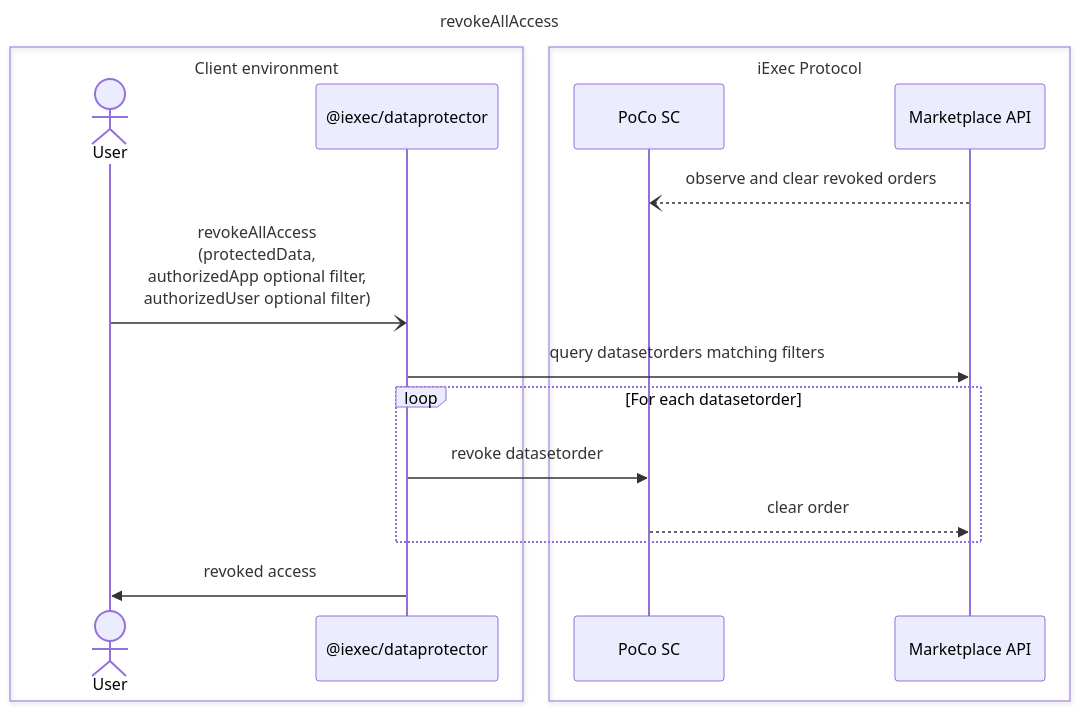
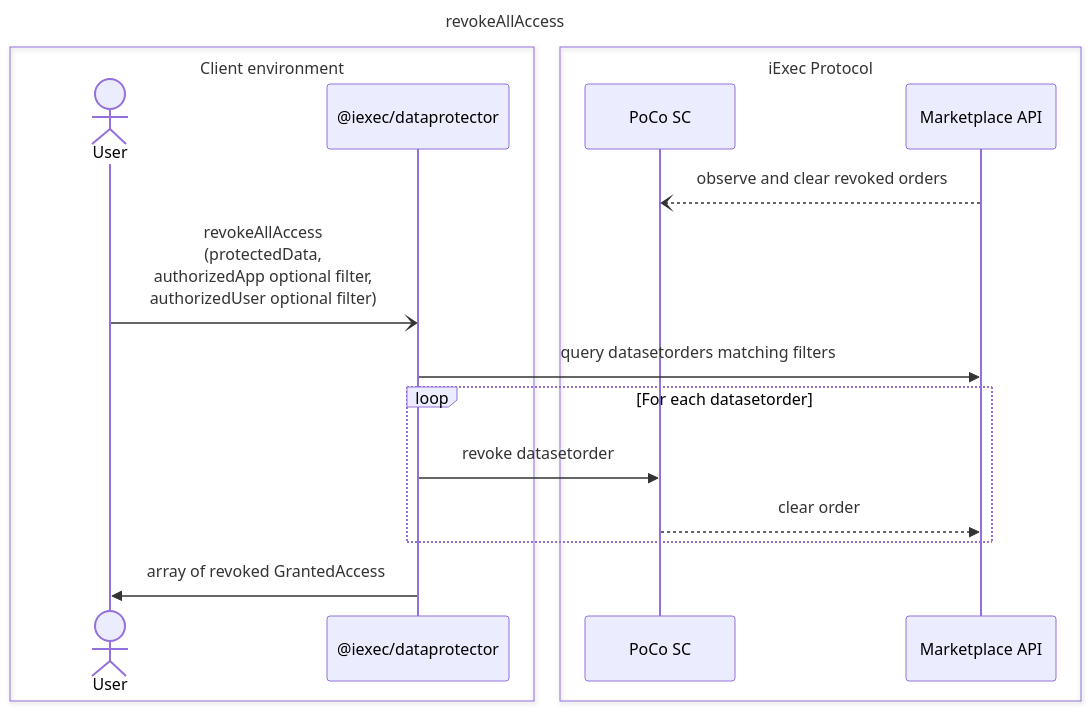
One commit to iExecBlockchainComputing/dataprotector-sdk changed the diagram in technical-design/uml/sequence-revokeAllAccess.md. Above: the diagram before and after it, drawn with Mermaid.

Commit message:
fix revokeAllAccess sequence return

````diff
--- a/technical-design/uml/sequence-revokeAllAccess.md
+++ b/technical-design/uml/sequence-revokeAllAccess.md
@@ -3,27 +3,27 @@
 ```mermaid
 sequenceDiagram
     title revokeAllAccess
 
     box Client environment
         actor User
         participant SDK as @iexec/dataprotector
     end
 
     box iExec Protocol
         participant POCO as PoCo SC
         participant Market as Marketplace API
     end
 
     Market --) POCO : observe and clear revoked orders
 
     User -) SDK: revokeAllAccess<br>(protectedData,<br>authorizedApp optional filter,<br>authorizedUser optional filter)
 
     SDK ->> Market: query datasetorders matching filters
 
     loop For each datasetorder
         SDK ->> POCO: revoke datasetorder
         POCO -->> Market: clear order
     end
 
-    SDK ->> User: revoked access
+    SDK ->> User: array of revoked GrantedAccess
 ```
````
